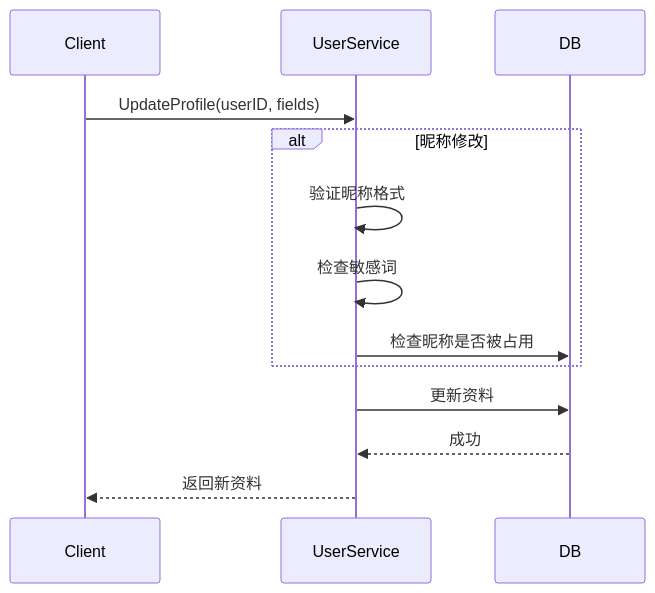
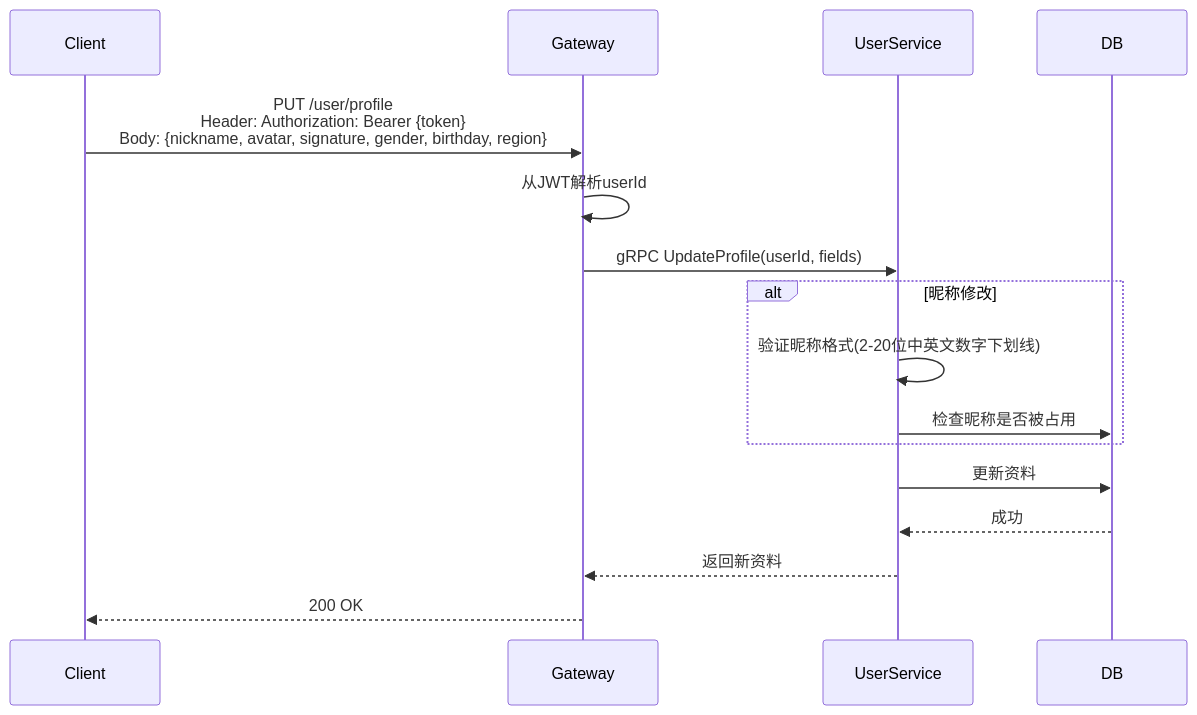
The second of 4 diagrams in docs/design/user/profile.md (yzhgit/anychat-server), drawn with Mermaid before and after one commit. The commit also changed other lines of this file and 30 other files, not shown here.

First line of the commit message:
docs: 更新设计文档时序图，添加Gateway和NATS参与者

````diff
--- a/docs/design/user/profile.md
+++ b/docs/design/user/profile.md
@@ -61,16 +65,19 @@
 ```mermaid
 sequenceDiagram
     participant Client
+    participant Gateway
     participant UserService
     participant DB
 
-    Client->>UserService: UpdateProfile(userID, fields)
+    Client->>Gateway: PUT /user/profile<br/>Header: Authorization: Bearer {token}<br/>Body: {nickname, avatar, signature, gender, birthday, region}
+    Gateway->>Gateway: 从JWT解析userId
+    Gateway->>UserService: gRPC UpdateProfile(userId, fields)
     alt 昵称修改
-        UserService->>UserService: 验证昵称格式
-        UserService->>UserService: 检查敏感词
+        UserService->>UserService: 验证昵称格式(2-20位中英文数字下划线)
         UserService->>DB: 检查昵称是否被占用
     end
     UserService->>DB: 更新资料
     DB-->>UserService: 成功
-    UserService-->>Client: 返回新资料
+    UserService-->>Gateway: 返回新资料
+    Gateway-->>Client: 200 OK
 ```
````
